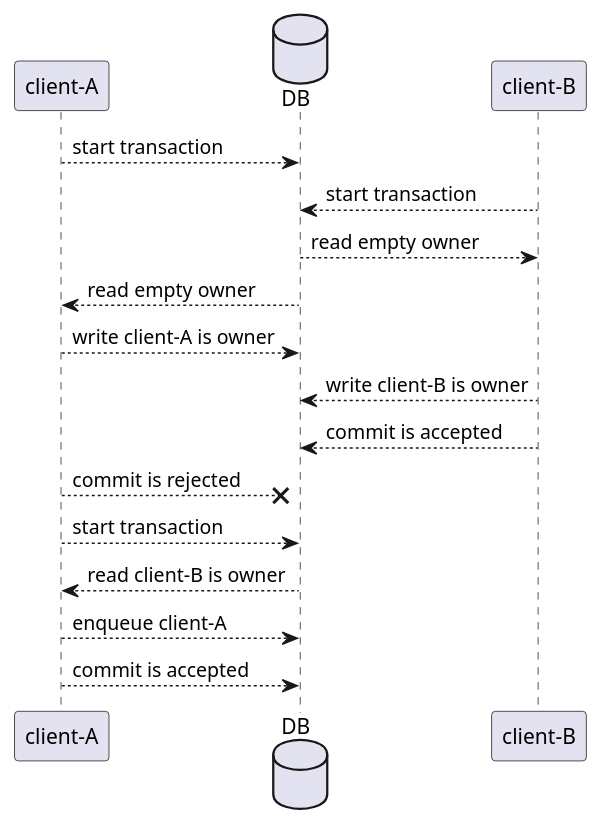
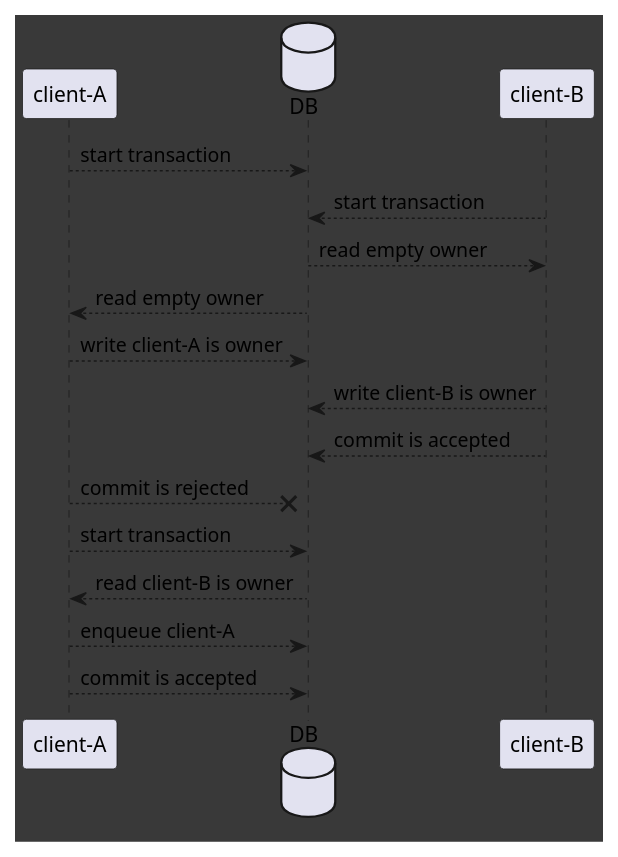
The diagram in img/seq.puml (janderland/janderland), drawn with PlantUML before and after one commit.

Commit message:
Added base16 colors to diagram.

```diff
--- a/img/seq.puml
+++ b/img/seq.puml
@@ -1,24 +1,33 @@
 @startuml
+
+<style>
+document {
+	BackgroundColor #393939
+	LineColor #E8E6DF
+	FontColor #E8E6DF
+	FontName Roboto
+}
+</style>
 
 participant "client-A"
 database DB
 participant "client-B"
 
 "client-A" --> DB: start transaction
 "client-B" --> DB: start transaction
 
 "client-B" <-- DB: read empty owner 
 "client-A" <-- DB: read empty owner
 
 "client-A" --> DB: write client-A is owner
 "client-B" --> DB: write client-B is owner
 
 "client-B" --> DB: commit is accepted
 "client-A" --X DB: commit is rejected
 
 "client-A" --> DB: start transaction
 "client-A" <-- DB: read client-B is owner
 "client-A" --> DB: enqueue client-A
 "client-A" --> DB: commit is accepted
 
 @enduml
```
